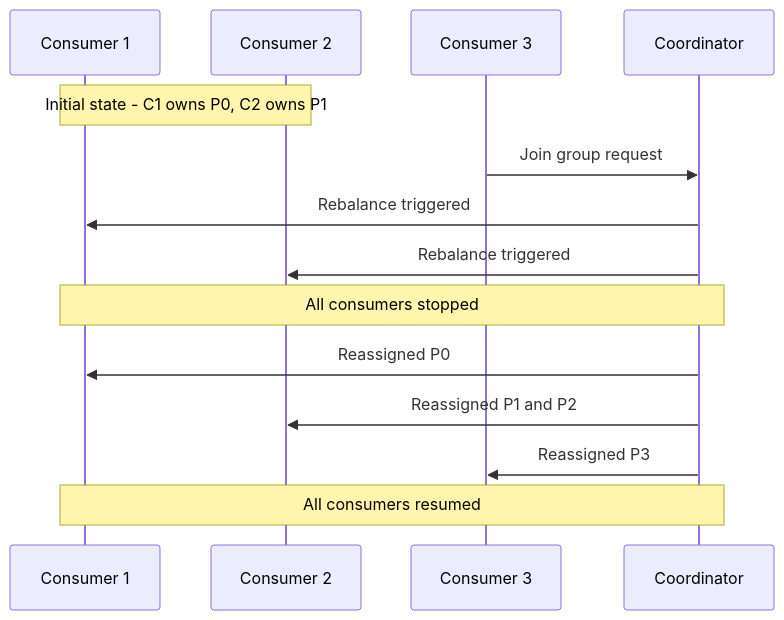
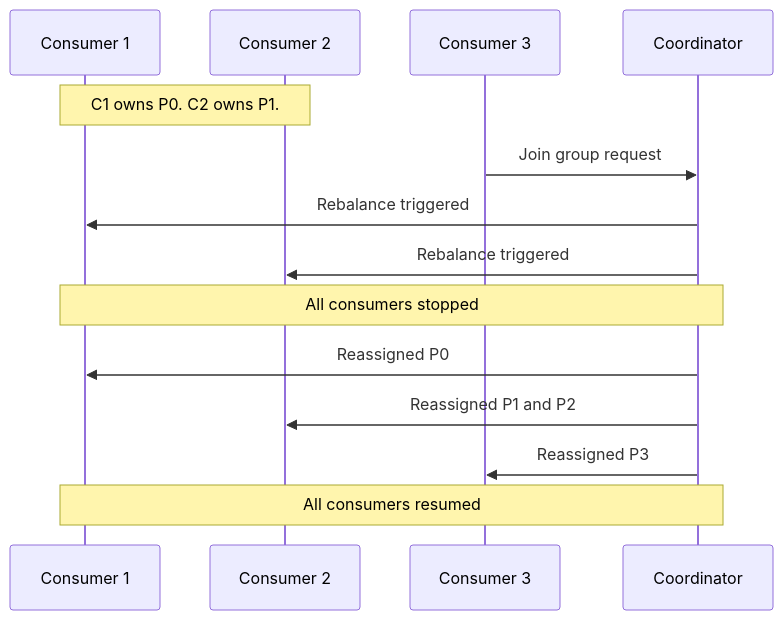
One commit to rahulsaxena23-code/best-practice changed the sixth of 18 diagrams in kakfa/Kafka_Best_Practices.md. Above: the diagram before and after it, drawn with Mermaid.

Commit message:
Best Practices

````diff
--- a/kakfa/Kafka_Best_Practices.md
+++ b/kakfa/Kafka_Best_Practices.md
@@ -292,17 +292,16 @@
 ```mermaid
 sequenceDiagram
     participant C1 as Consumer 1
     participant C2 as Consumer 2
     participant C3 as Consumer 3
     participant CG as Coordinator
-
-    Note over C1,C2: Initial state - C1 owns P0, C2 owns P1
+    Note over C1,C2: C1 owns P0. C2 owns P1.
     C3->>CG: Join group request
     CG->>C1: Rebalance triggered
     CG->>C2: Rebalance triggered
     Note over C1,CG: All consumers stopped
     CG->>C1: Reassigned P0
     CG->>C2: Reassigned P1 and P2
     CG->>C3: Reassigned P3
     Note over C1,CG: All consumers resumed
 ```
````
